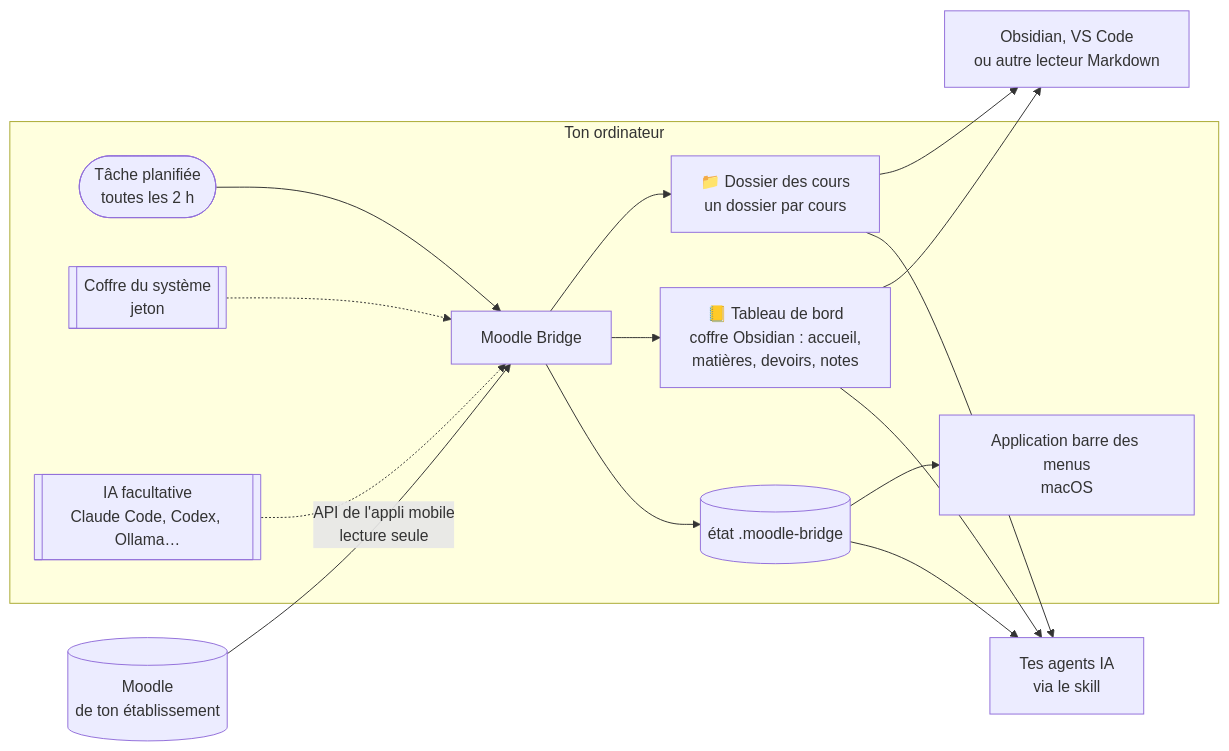
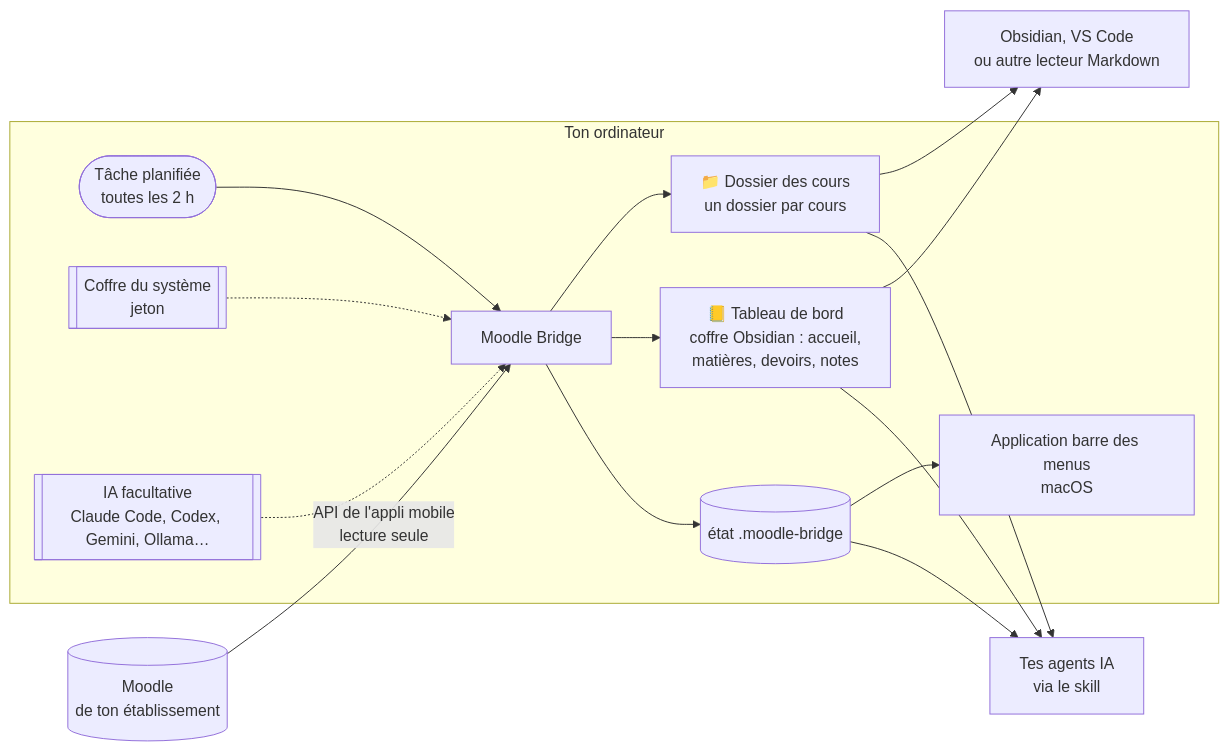
Before and after one commit to ArthurArctique/Moodle-Bridge: the diagram in README.md, drawn with Mermaid. The commit also changed other lines of this file and 19 other files, not shown here.

````diff
--- a/README.md
+++ b/README.md
@@ -178,17 +178,17 @@
 ```mermaid
 flowchart LR
     M[(Moodle<br/>de ton établissement)] -- "API de l'appli mobile<br/>lecture seule" --> P
 
     subgraph O[Ton ordinateur]
         T([Tâche planifiée<br/>toutes les 2 h]) --> P[Moodle Bridge]
         J[[Coffre du système<br/>jeton]] -.-> P
-        IA[[IA facultative<br/>Claude Code, Codex, Ollama…]] -.-> P
+        IA[[IA facultative<br/>Claude Code, Codex, Gemini, Ollama…]] -.-> P
         P --> D[📁 Dossier des cours<br/>un dossier par cours]
         P --> V[📒 Tableau de bord<br/>coffre Obsidian : accueil,<br/>matières, devoirs, notes]
         P --> S[(état .moodle-bridge)]
         S --> A[Application barre des menus<br/>macOS]
     end
 
     D & V --> R[Obsidian, VS Code<br/>ou autre lecteur Markdown]
     D & V & S --> G[Tes agents IA<br/>via le skill]
 ```
````
